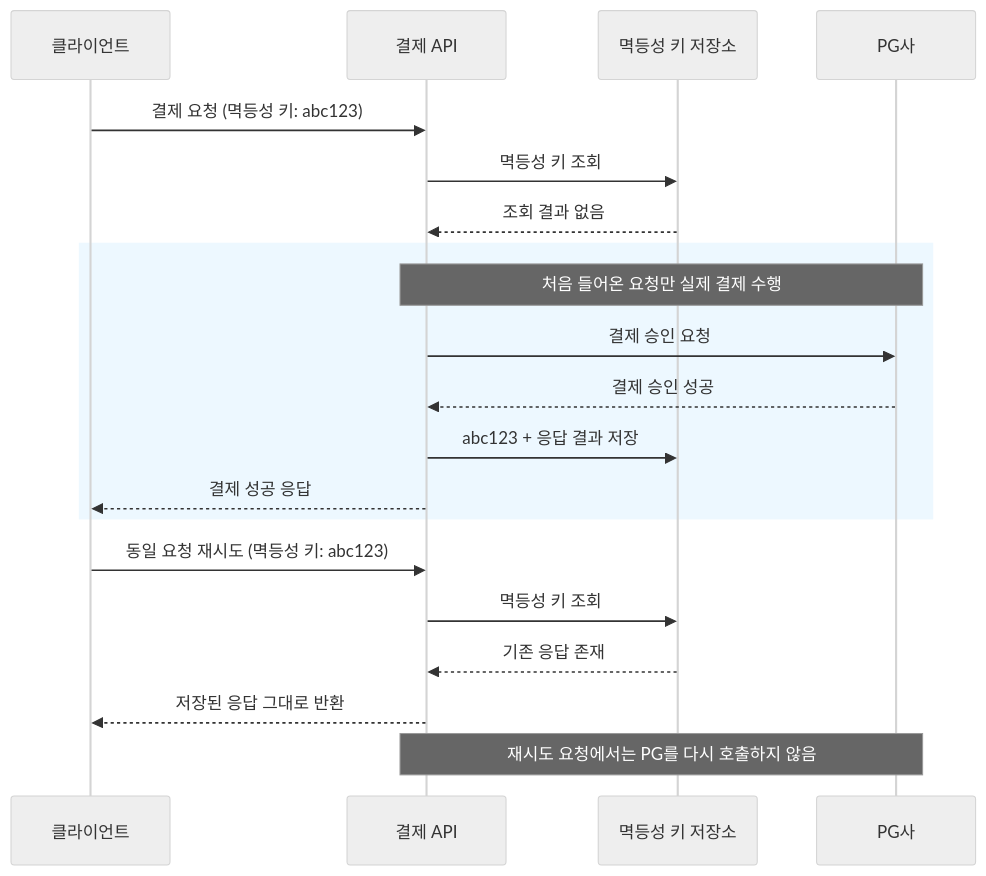
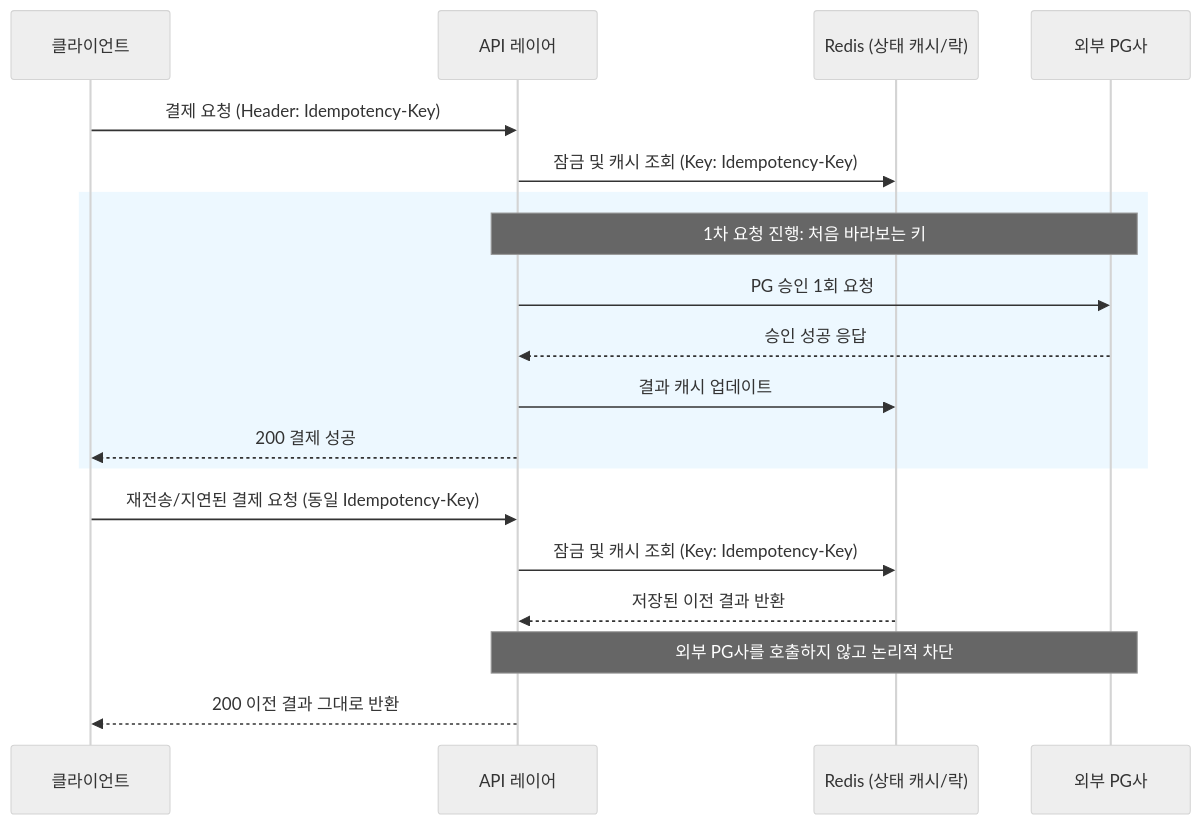
One commit to DAN-MU-ZI/study changed the diagram in 03_system/02_Idempotency/report.md. Above: the diagram before and after it, drawn with Mermaid (neutral theme). The commit also changed other lines of this file and 186 other files, not shown here.

````diff
--- a/03_system/02_Idempotency/report.md
+++ b/03_system/02_Idempotency/report.md
@@ -113,26 +31,24 @@
 ```mermaid
 sequenceDiagram
-    participant Client as 클라이언트
-    participant API as 결제 API
-    participant Store as 멱등성 키 저장소
-    participant PG as PG사
+    participant C as 클라이언트
+    participant A as API 레이어
+    participant R as Redis (상태 캐시/락)
+    participant P as 외부 PG사
 
-    Client->>API: 결제 요청 (멱등성 키: abc123)
-    API->>Store: 멱등성 키 조회
-    Store-->>API: 조회 결과 없음
-
+    C->>A: 결제 요청 (Header: Idempotency-Key)
+    A->>R: 잠금 및 캐시 조회 (Key: Idempotency-Key)
+    
     rect rgba(230, 245, 255, 0.7)
-        Note over API,PG: 처음 들어온 요청만 실제 결제 수행
-        API->>PG: 결제 승인 요청
-        PG-->>API: 결제 승인 성공
-        API->>Store: abc123 + 응답 결과 저장
-        API-->>Client: 결제 성공 응답
+        Note over A,P: 1차 요청 진행: 처음 바라보는 키
+        A->>P: PG 승인 1회 요청
+        P-->>A: 승인 성공 응답
+        A->>R: 결과 캐시 업데이트
+        A-->>C: 200 결제 성공
     end
 
-    Client->>API: 동일 요청 재시도 (멱등성 키: abc123)
-    API->>Store: 멱등성 키 조회
-    Store-->>API: 기존 응답 존재
-    API-->>Client: 저장된 응답 그대로 반환
-
-    Note over API,PG: 재시도 요청에서는 PG를 다시 호출하지 않음
+    C->>A: 재전송/지연된 결제 요청 (동일 Idempotency-Key)
+    A->>R: 잠금 및 캐시 조회 (Key: Idempotency-Key)
+    R-->>A: 저장된 이전 결과 반환
+    Note over A,P: 외부 PG사를 호출하지 않고 논리적 차단
+    A-->>C: 200 이전 결과 그대로 반환
 ```
````
